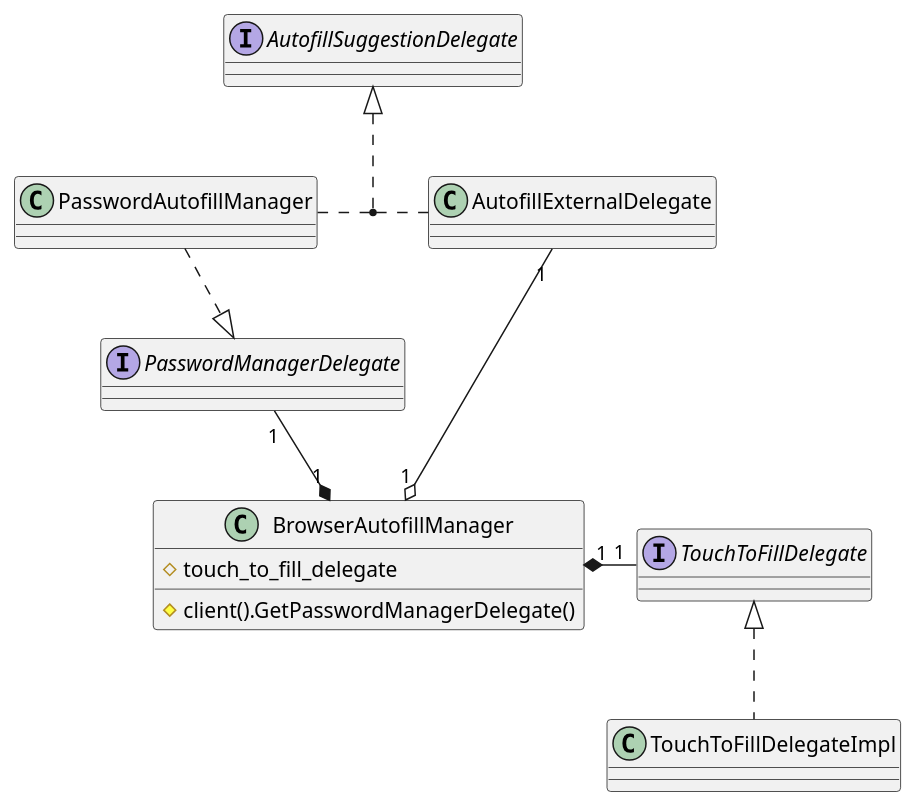
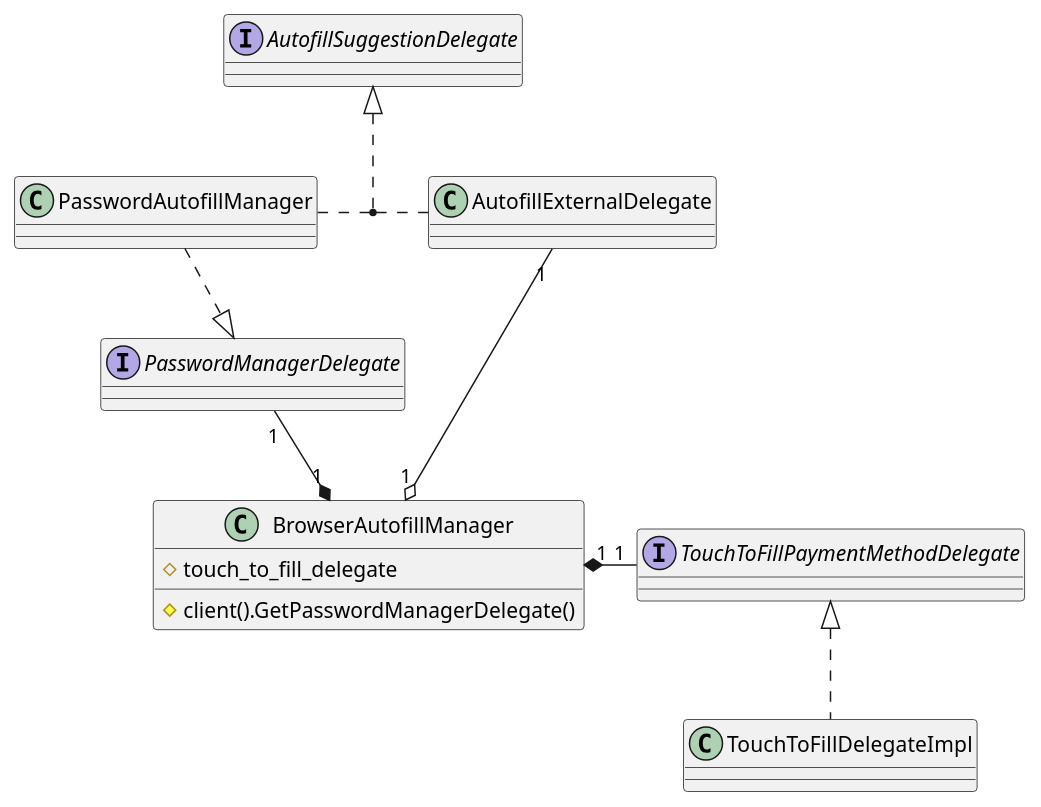
One commit to benji-cannot-code/fast-vc-chromium-benchmark-run-4 changed the diagram in components/autofill/core/browser/integrators/README_class.plantuml. Above: the diagram before and after it, drawn with PlantUML. The commit also changed 25 other files, not shown here.

First line of the commit message:
Rename TouchToFillDelegate to TouchToFillPaymentMethodDelegate

```diff
--- a/components/autofill/core/browser/integrators/README_class.plantuml
+++ b/components/autofill/core/browser/integrators/README_class.plantuml
@@ -15,27 +15,27 @@
 @startuml
-interface "TouchToFillDelegate" as ttfd
+interface "TouchToFillPaymentMethodDelegate" as ttfd
 interface "PasswordManagerDelegate" as pmd
 interface "AutofillSuggestionDelegate" as asd
 class "AutofillExternalDelegate" as aed
 class "PasswordAutofillManager" as pam
 class "BrowserAutofillManager" as bam {
   # client().GetPasswordManagerDelegate()
   # touch_to_fill_delegate
 }
 
 'The BrowserAutofillManager has numerous delegates to different components.
 pmd "1" -* "1" bam
 bam "1" *- "1" ttfd
 aed "1" ---o "1" bam
 
 'Pwd Autofill manager and external delegate implement the same interface.
 'Eventually, the pam should not implement the aed anymore but purely communicate
 'with the bam.
 pam . aed
 asd <|.. (pam, aed)
 
 'Each delegate is implemented by a respective impl class in its component.
 pam  ..|> pmd
 ttfd <|.. TouchToFillDelegateImpl
 
 @enduml
```
